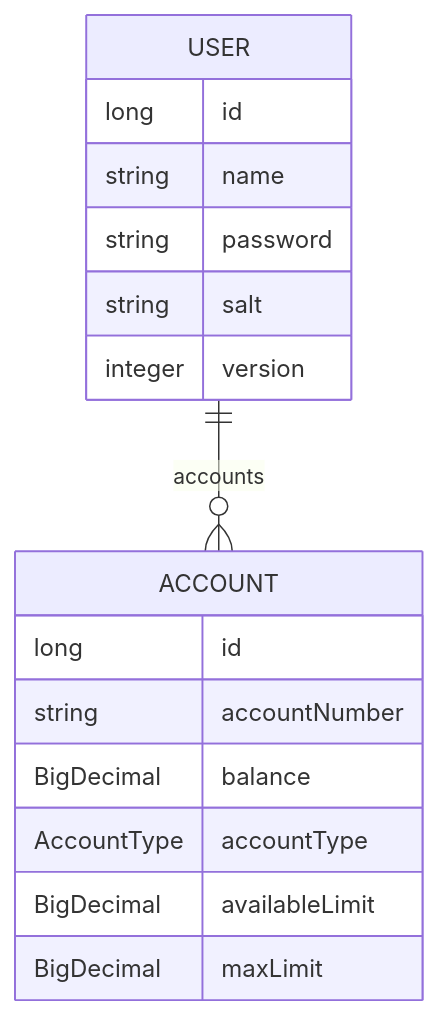
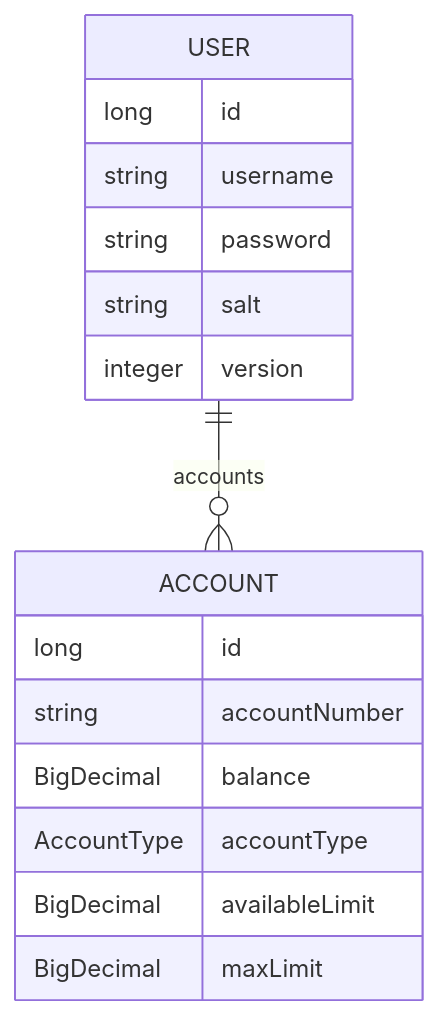
One commit to jota-br/demo-bank-api changed the diagram in README.md. Above: the diagram before and after it, drawn with Mermaid. The commit also changed other lines of this file and 12 other files, not shown here.

````diff
--- a/README.md
+++ b/README.md
@@ -26,21 +26,21 @@
 ```mermaid
 erDiagram
     USER {
         long id
-        string name
+        string username
         string password
         string salt
         integer version
     }
     USER ||--o{ ACCOUNT : "accounts"
 
     ACCOUNT {
         long id
         string accountNumber
         BigDecimal balance
         AccountType accountType
         BigDecimal availableLimit
         BigDecimal maxLimit
     }
 
 ```
````
